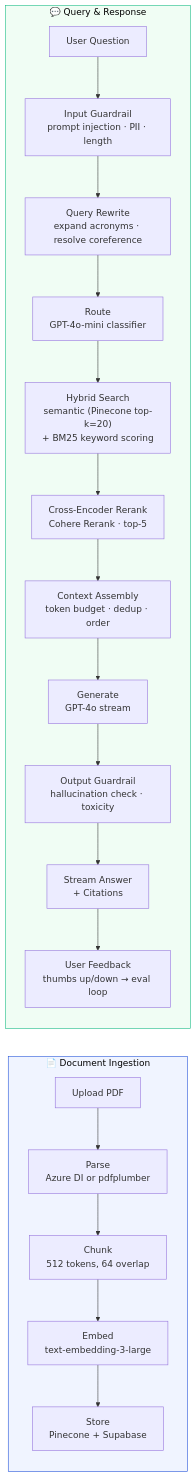
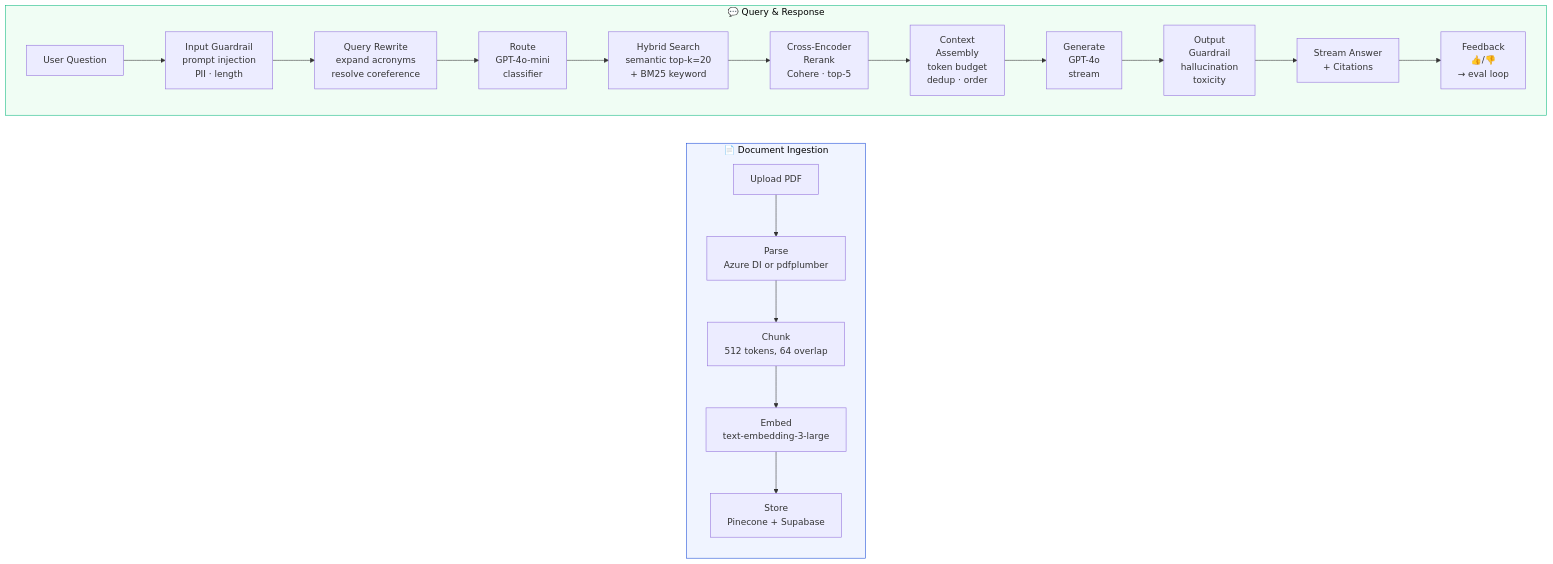
The second of 7 diagrams in README.md (Syndicate555/finrag-backend), drawn with Mermaid before and after one commit.

````diff
--- a/README.md
+++ b/README.md
@@ -93,32 +93,32 @@
 ```mermaid
 graph LR
     subgraph Ingestion["📄 Document Ingestion"]
         Upload["Upload PDF"]
         Parse["Parse<br/>Azure DI or pdfplumber"]
         Chunk["Chunk<br/>512 tokens, 64 overlap"]
         Embed["Embed<br/>text-embedding-3-large"]
         Store["Store<br/>Pinecone + Supabase"]
 
         Upload --> Parse --> Chunk --> Embed --> Store
     end
 
     subgraph Retrieval["💬 Query & Response"]
+        direction LR
         Query["User Question"]
-        Guard["Input Guardrail<br/>prompt injection · PII · length"]
-        Rewrite["Query Rewrite<br/>expand acronyms · resolve coreference"]
-        Route["Route<br/>GPT-4o-mini classifier"]
-        HybridSearch["Hybrid Search<br/>semantic (Pinecone top-k=20)<br/>+ BM25 keyword scoring"]
-        Rerank["Cross-Encoder Rerank<br/>Cohere Rerank · top-5"]
-        ContextWindow["Context Assembly<br/>token budget · dedup · order"]
-        Generate["Generate<br/>GPT-4o stream"]
-        OutputGuard["Output Guardrail<br/>hallucination check · toxicity"]
+        Guard["Input Guardrail<br/>prompt injection<br/>PII · length"]
+        Rewrite["Query Rewrite<br/>expand acronyms<br/>resolve coreference"]
+        Route["Route<br/>GPT-4o-mini<br/>classifier"]
+        HybridSearch["Hybrid Search<br/>semantic top-k=20<br/>+ BM25 keyword"]
+        Rerank["Cross-Encoder<br/>Rerank<br/>Cohere · top-5"]
+        ContextWindow["Context<br/>Assembly<br/>token budget<br/>dedup · order"]
+        Generate["Generate<br/>GPT-4o<br/>stream"]
+        OutputGuard["Output<br/>Guardrail<br/>hallucination<br/>toxicity"]
         Respond["Stream Answer<br/>+ Citations"]
-        Feedback["User Feedback<br/>thumbs up/down → eval loop"]
+        Feedback["Feedback<br/>👍/👎<br/>→ eval loop"]
 
-        Query --> Guard --> Rewrite --> Route
-        Route --> HybridSearch --> Rerank --> ContextWindow --> Generate --> OutputGuard --> Respond --> Feedback
+        Query --> Guard --> Rewrite --> Route --> HybridSearch --> Rerank --> ContextWindow --> Generate --> OutputGuard --> Respond --> Feedback
     end
 
     style Ingestion fill:#f0f4ff,stroke:#1D4ED8,color:#000
     style Retrieval fill:#f0fdf4,stroke:#10B981,color:#000
 ```
````
